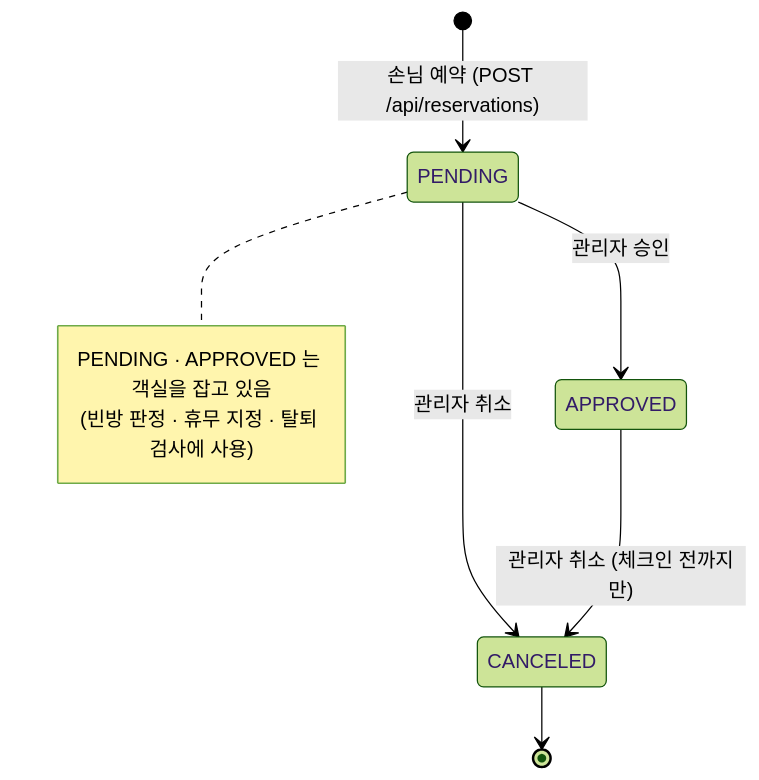
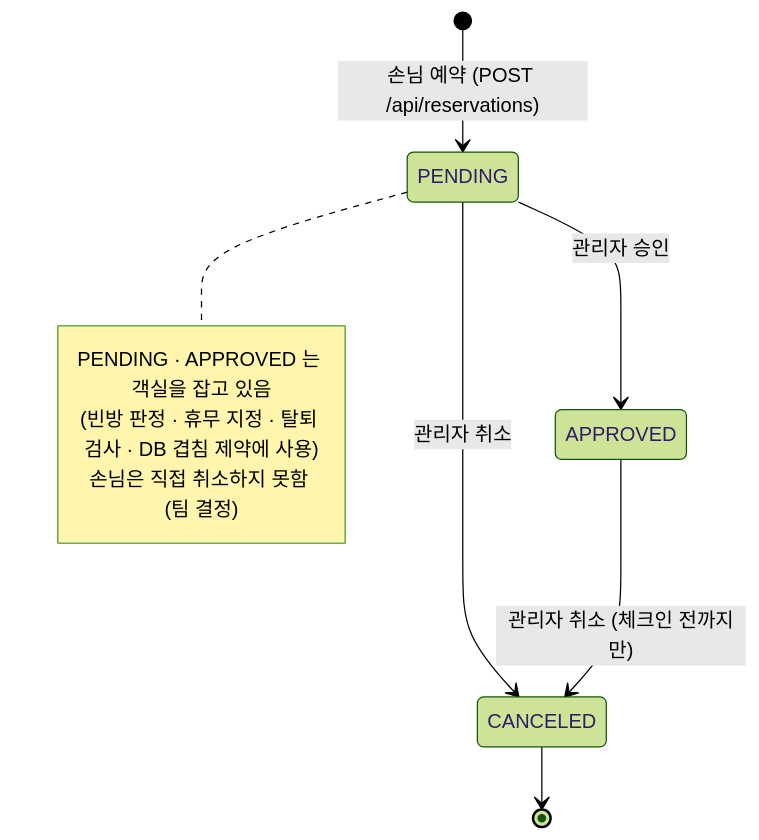
Before and after one commit to hotel-sol/Hotel-reservation: the fourth of 6 diagrams in docs/ARCHITECTURE.md, drawn with Mermaid (forest theme). The commit also changed other lines of this file and 20 other files, not shown here.

````diff
--- a/docs/ARCHITECTURE.md
+++ b/docs/ARCHITECTURE.md
@@ -131,12 +177,13 @@
 ```mermaid
 stateDiagram-v2
     [*] --> PENDING: 손님 예약 (POST /api/reservations)
     PENDING --> APPROVED: 관리자 승인
     PENDING --> CANCELED: 관리자 취소
     APPROVED --> CANCELED: 관리자 취소 (체크인 전까지만)
     CANCELED --> [*]
     note right of PENDING
         PENDING · APPROVED 는 객실을 잡고 있음
-        (빈방 판정 · 휴무 지정 · 탈퇴 검사에 사용)
+        (빈방 판정 · 휴무 지정 · 탈퇴 검사 · DB 겹침 제약에 사용)
+        손님은 직접 취소하지 못함 (팀 결정)
     end note
 ```
````
